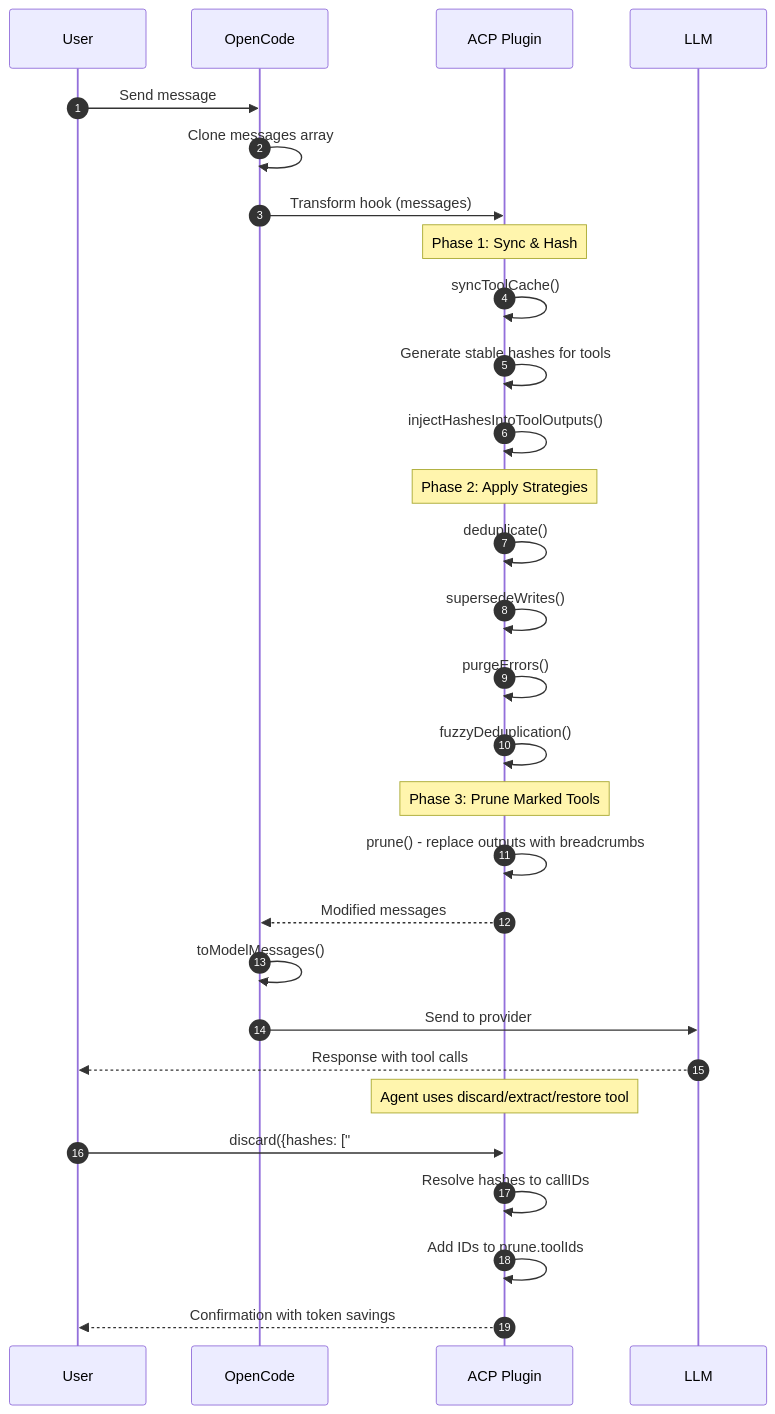
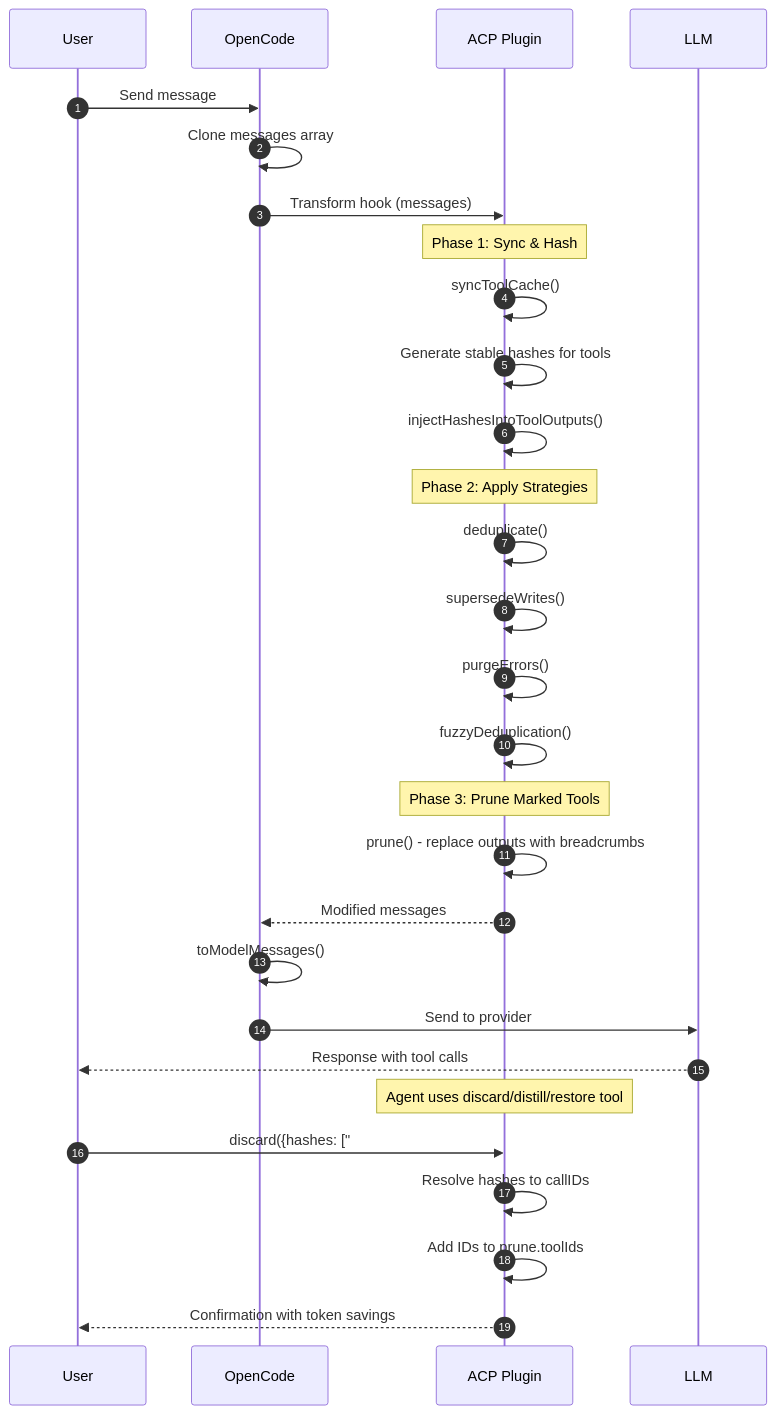
Before and after one commit to tuanhung303/opencode-agent-context-pruning: the second of 9 diagrams in docs/opencode-acp-message-flow.md, drawn with Mermaid. The commit also changed other lines of this file and 32 other files, not shown here.

First line of the commit message:
feat: implement distill tool and batch operations for context pruning

````diff
--- a/docs/opencode-acp-message-flow.md
+++ b/docs/opencode-acp-message-flow.md
@@ -57,37 +57,37 @@
 ```mermaid
 sequenceDiagram
     autonumber
     participant User
     participant OpenCode
     participant ACP as ACP Plugin
     participant LLM
 
     User->>OpenCode: Send message
     OpenCode->>OpenCode: Clone messages array
     OpenCode->>ACP: Transform hook (messages)
 
     Note over ACP: Phase 1: Sync & Hash
     ACP->>ACP: syncToolCache()
     ACP->>ACP: Generate stable hashes for tools
     ACP->>ACP: injectHashesIntoToolOutputs()
 
     Note over ACP: Phase 2: Apply Strategies
     ACP->>ACP: deduplicate()
     ACP->>ACP: supersedeWrites()
     ACP->>ACP: purgeErrors()
     ACP->>ACP: fuzzyDeduplication()
 
     Note over ACP: Phase 3: Prune Marked Tools
     ACP->>ACP: prune() - replace outputs with breadcrumbs
     ACP-->>OpenCode: Modified messages
 
     OpenCode->>OpenCode: toModelMessages()
     OpenCode->>LLM: Send to provider
     LLM-->>User: Response with tool calls
 
-    Note over ACP: Agent uses discard/extract/restore tool
+    Note over ACP: Agent uses discard/distill/restore tool
     User->>ACP: discard({hashes: ["#r_a1b2c#"], reason: "completion"})
     ACP->>ACP: Resolve hashes to callIDs
     ACP->>ACP: Add IDs to prune.toolIds
     ACP-->>User: Confirmation with token savings
 ```
````
